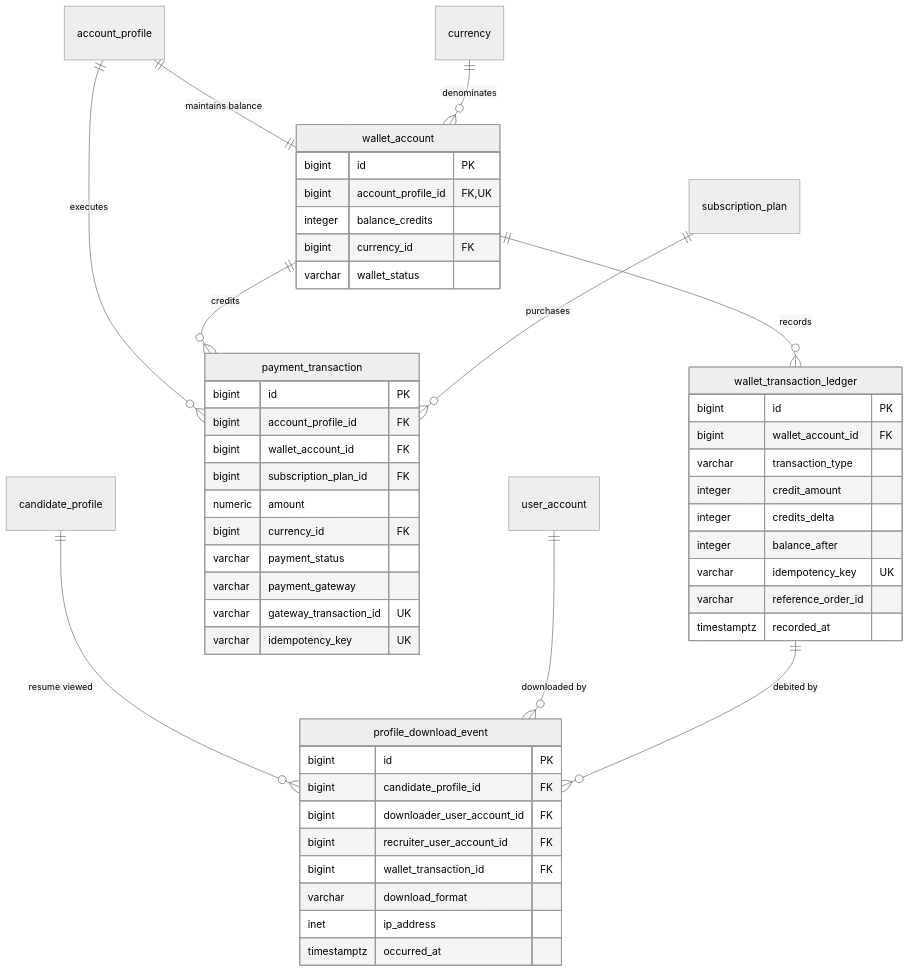
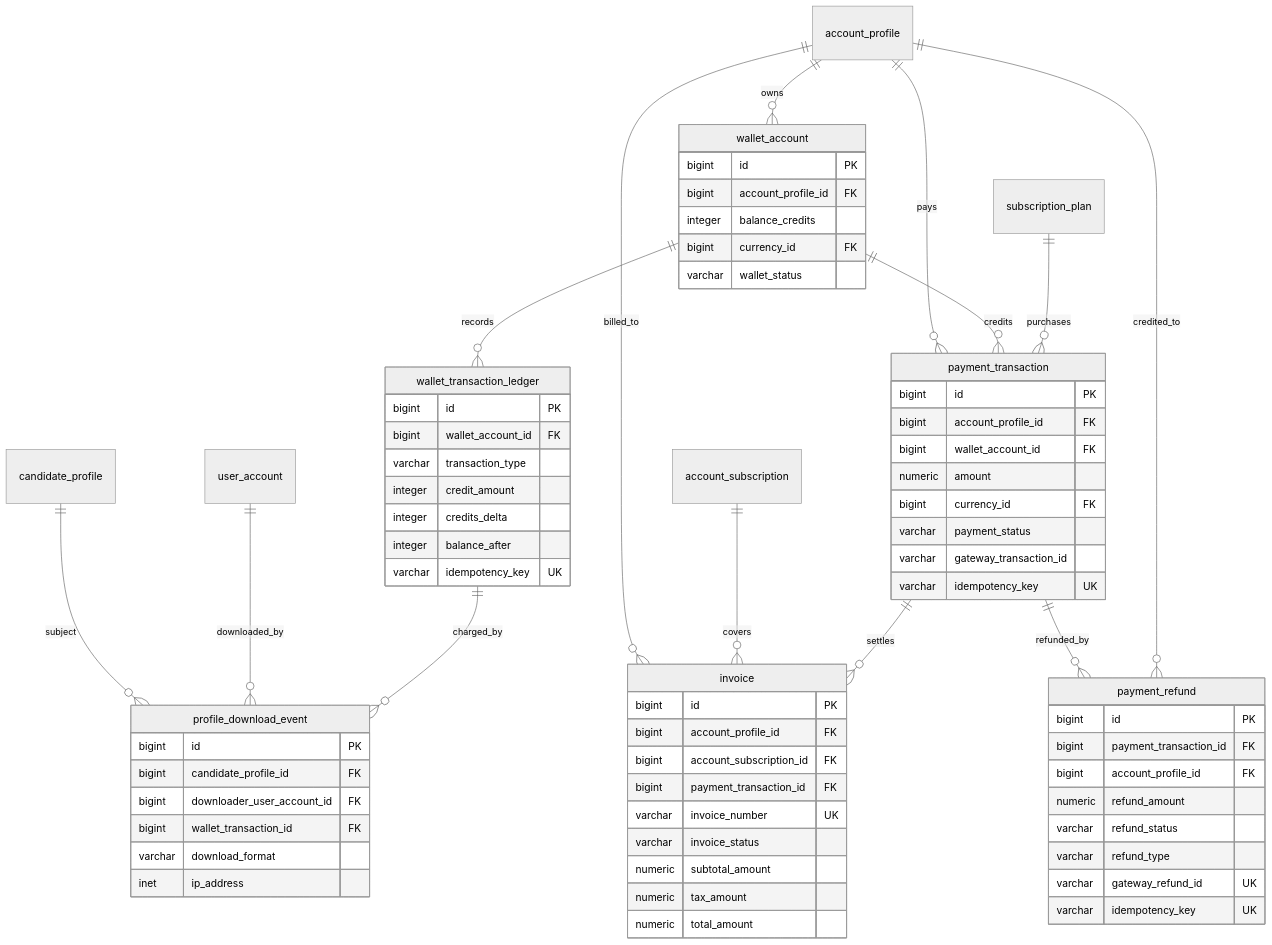
The third of 3 diagrams in phase3/RELATIONSHIPS.md (Kaileshwar16/talentra), drawn with Mermaid (neutral theme) before and after one commit. The commit also changed other lines of this file and 16 other files, not shown here.

````diff
--- a/phase3/RELATIONSHIPS.md
+++ b/phase3/RELATIONSHIPS.md
@@ -114,56 +167,77 @@
 ```mermaid
 erDiagram
-    account_profile ||--|| wallet_account : "maintains balance"
-    currency ||--o{ wallet_account : denominates
+    account_profile ||--o{ wallet_account : owns
     wallet_account ||--o{ wallet_transaction_ledger : records
-    account_profile ||--o{ payment_transaction : executes
+    account_profile ||--o{ payment_transaction : pays
     wallet_account ||--o{ payment_transaction : credits
     subscription_plan ||--o{ payment_transaction : purchases
-    candidate_profile ||--o{ profile_download_event : "resume viewed"
-    user_account ||--o{ profile_download_event : "downloaded by"
-    wallet_transaction_ledger ||--o{ profile_download_event : "debited by"
+    account_profile ||--o{ invoice : billed_to
+    account_subscription ||--o{ invoice : covers
+    payment_transaction ||--o{ invoice : settles
+    payment_transaction ||--o{ payment_refund : refunded_by
+    account_profile ||--o{ payment_refund : credited_to
+    candidate_profile ||--o{ profile_download_event : subject
+    user_account ||--o{ profile_download_event : downloaded_by
+    wallet_transaction_ledger ||--o{ profile_download_event : charged_by
 
     wallet_account {
         bigint id PK
-        bigint account_profile_id FK, UK
+        bigint account_profile_id FK
         integer balance_credits
         bigint currency_id FK
         varchar wallet_status
     }
 
     wallet_transaction_ledger {
         bigint id PK
         bigint wallet_account_id FK
         varchar transaction_type
         integer credit_amount
         integer credits_delta
         integer balance_after
         varchar idempotency_key UK
-        varchar reference_order_id
-        timestamptz recorded_at
     }
 
     payment_transaction {
         bigint id PK
         bigint account_profile_id FK
         bigint wallet_account_id FK
-        bigint subscription_plan_id FK
         numeric amount
         bigint currency_id FK
         varchar payment_status
-        varchar payment_gateway
-        varchar gateway_transaction_id UK
+        varchar gateway_transaction_id
+        varchar idempotency_key UK
+    }
+
+    invoice {
+        bigint id PK
+        bigint account_profile_id FK
+        bigint account_subscription_id FK
+        bigint payment_transaction_id FK
+        varchar invoice_number UK
+        varchar invoice_status
+        numeric subtotal_amount
+        numeric tax_amount
+        numeric total_amount
+    }
+
+    payment_refund {
+        bigint id PK
+        bigint payment_transaction_id FK
+        bigint account_profile_id FK
+        numeric refund_amount
+        varchar refund_status
+        varchar refund_type
+        varchar gateway_refund_id UK
         varchar idempotency_key UK
     }
 
     profile_download_event {
         bigint id PK
         bigint candidate_profile_id FK
         bigint downloader_user_account_id FK
-        bigint recruiter_user_account_id FK
         bigint wallet_transaction_id FK
         varchar download_format
         inet ip_address
-        timestamptz occurred_at
     }
 ```
````
